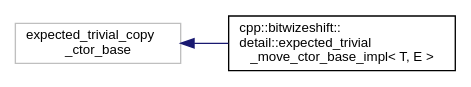
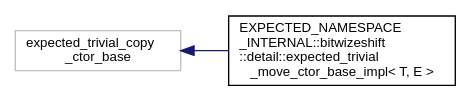
Before and after one commit to bitwizeshift/result: the diagram in api/latest/inherit_graph_9.dot, drawn with Graphviz. The commit also changed 399 other files, not shown here.

```diff
--- a/api/latest/inherit_graph_9.dot
+++ b/api/latest/inherit_graph_9.dot
@@ -1,9 +1,9 @@
 digraph "Graphical Class Hierarchy"
 {
   edge [fontname="Helvetica",fontsize="10",labelfontname="Helvetica",labelfontsize="10"];
   node [fontname="Helvetica",fontsize="10",shape=record];
   rankdir="LR";
   Node28 [label="expected_trivial_copy\l_ctor_base",height=0.2,width=0.4,color="grey75", fillcolor="white", style="filled"];
   Node28 -> Node0 [dir="back",color="midnightblue",fontsize="10",style="solid",fontname="Helvetica"];
-  Node0 [label="cpp::bitwizeshift::\ldetail::expected_trivial\l_move_ctor_base_impl\< T, E \>",height=0.2,width=0.4,color="black", fillcolor="white", style="filled",URL="$d9/d9c/structcpp_1_1bitwizeshift_1_1detail_1_1expected__trivial__move__ctor__base__impl.html"];
+  Node0 [label="EXPECTED_NAMESPACE\l_INTERNAL::bitwizeshift\l::detail::expected_trivial\l_move_ctor_base_impl\< T, E \>",height=0.2,width=0.4,color="black", fillcolor="white", style="filled",URL="$da/dc5/struct_e_x_p_e_c_t_e_d___n_a_m_e_s_p_a_c_e___i_n_t_e_r_n_a_l_1_1bitwizeshift_1_1detail_1_1expect48a1e5b982f9ce3b6d1689c59b1eb357.html"];
 }
```
